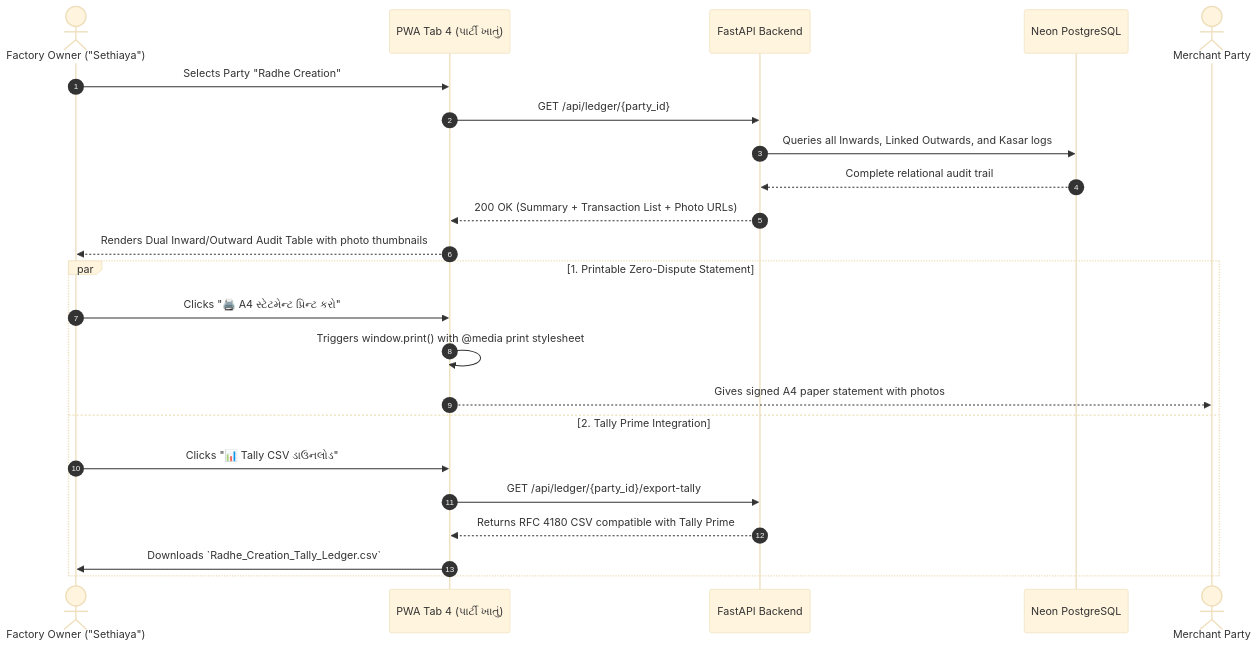
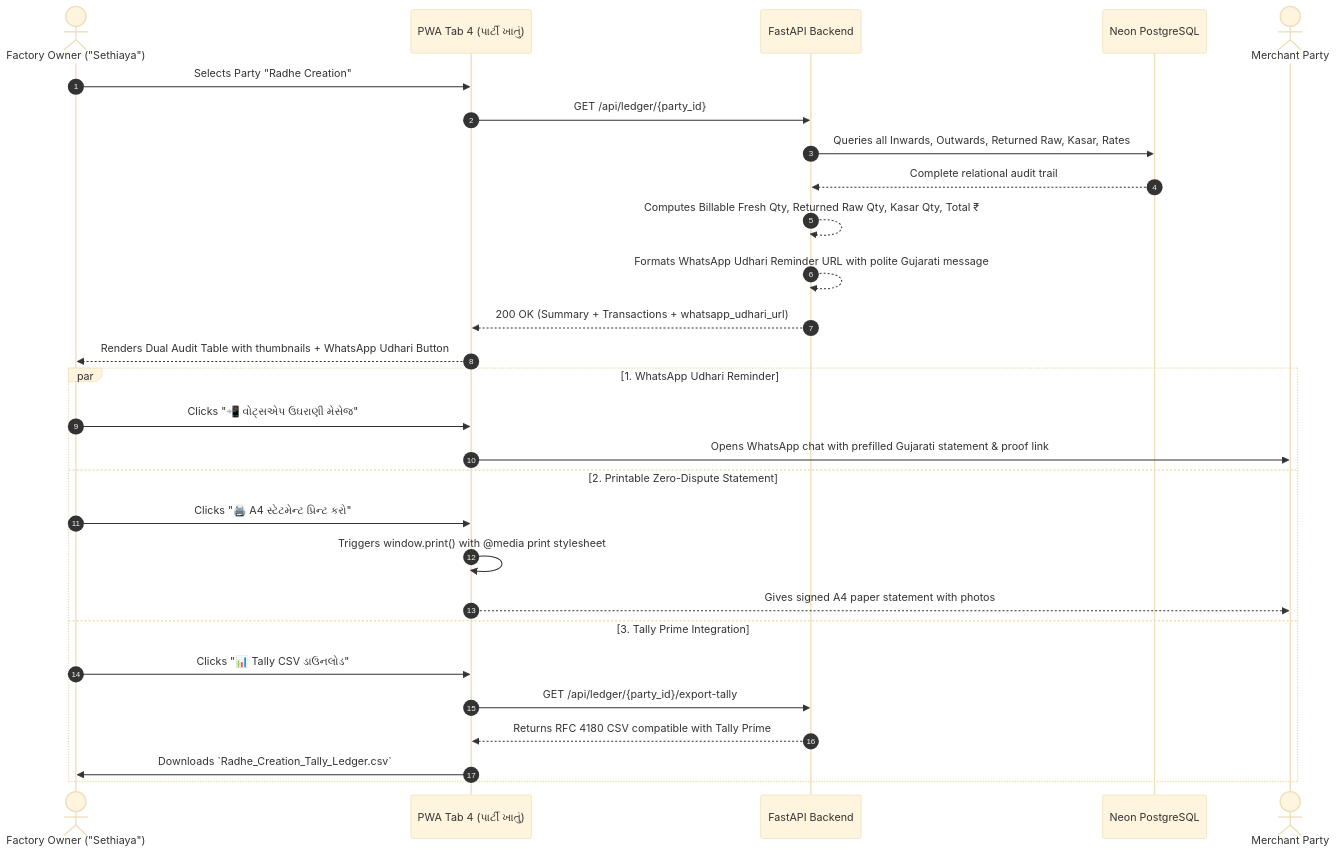
Before and after one commit to smit3203/AI-chatbot-: the tenth of 10 diagrams in ARCHITECTURE_AND_FLOW.md, drawn with Mermaid (base theme). The commit also changed other lines of this file and 33 other files, not shown here.

````diff
--- a/ARCHITECTURE_AND_FLOW.md
+++ b/ARCHITECTURE_AND_FLOW.md
@@ -1009,27 +1074,32 @@
 ```mermaid
 sequenceDiagram
     autonumber
     actor Owner as Factory Owner ("Sethiaya")
     participant UI as PWA Tab 4 (પાર્ટી ખાતું)
     participant Backend as FastAPI Backend
     participant DB as Neon PostgreSQL
     actor Party as Merchant Party
 
     Owner->>UI: Selects Party "Radhe Creation"
     UI->>Backend: GET /api/ledger/{party_id}
-    Backend->>DB: Queries all Inwards, Linked Outwards, and Kasar logs
+    Backend->>DB: Queries all Inwards, Outwards, Returned Raw, Kasar, Rates
     DB-->>Backend: Complete relational audit trail
-    Backend-->>UI: 200 OK (Summary + Transaction List + Photo URLs)
-    UI-->>Owner: Renders Dual Inward/Outward Audit Table with photo thumbnails
+    Backend-->>Backend: Computes Billable Fresh Qty, Returned Raw Qty, Kasar Qty, Total ₹
+    Backend-->>Backend: Formats WhatsApp Udhari Reminder URL with polite Gujarati message
+    Backend-->>UI: 200 OK (Summary + Transactions + whatsapp_udhari_url)
+    UI-->>Owner: Renders Dual Audit Table with thumbnails + WhatsApp Udhari Button
     
-    par 1. Printable Zero-Dispute Statement
+    par 1. WhatsApp Udhari Reminder
+        Owner->>UI: Clicks "📲 વોટ્સએપ ઉઘરાણી મેસેજ"
+        UI->>Party: Opens WhatsApp chat with prefilled Gujarati statement & proof link
+    and 2. Printable Zero-Dispute Statement
         Owner->>UI: Clicks "🖨️ A4 સ્ટેટમેન્ટ પ્રિન્ટ કરો"
         UI->>UI: Triggers window.print() with @media print stylesheet
         UI-->>Party: Gives signed A4 paper statement with photos
-    and 2. Tally Prime Integration
+    and 3. Tally Prime Integration
         Owner->>UI: Clicks "📊 Tally CSV ડાઉનલોડ"
         UI->>Backend: GET /api/ledger/{party_id}/export-tally
         Backend-->>UI: Returns RFC 4180 CSV compatible with Tally Prime
         UI->>Owner: Downloads `Radhe_Creation_Tally_Ledger.csv`
     end
 ```
````
